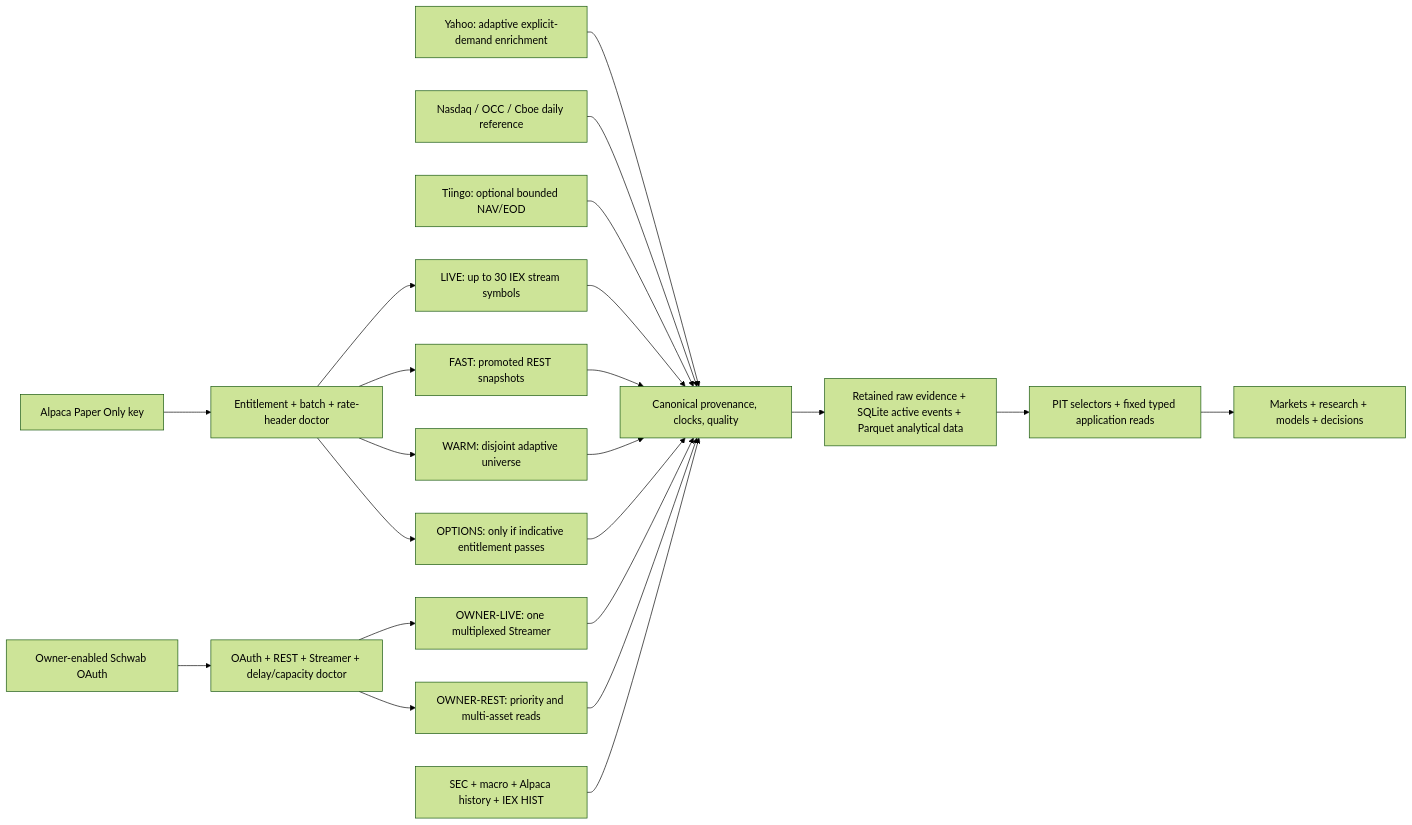
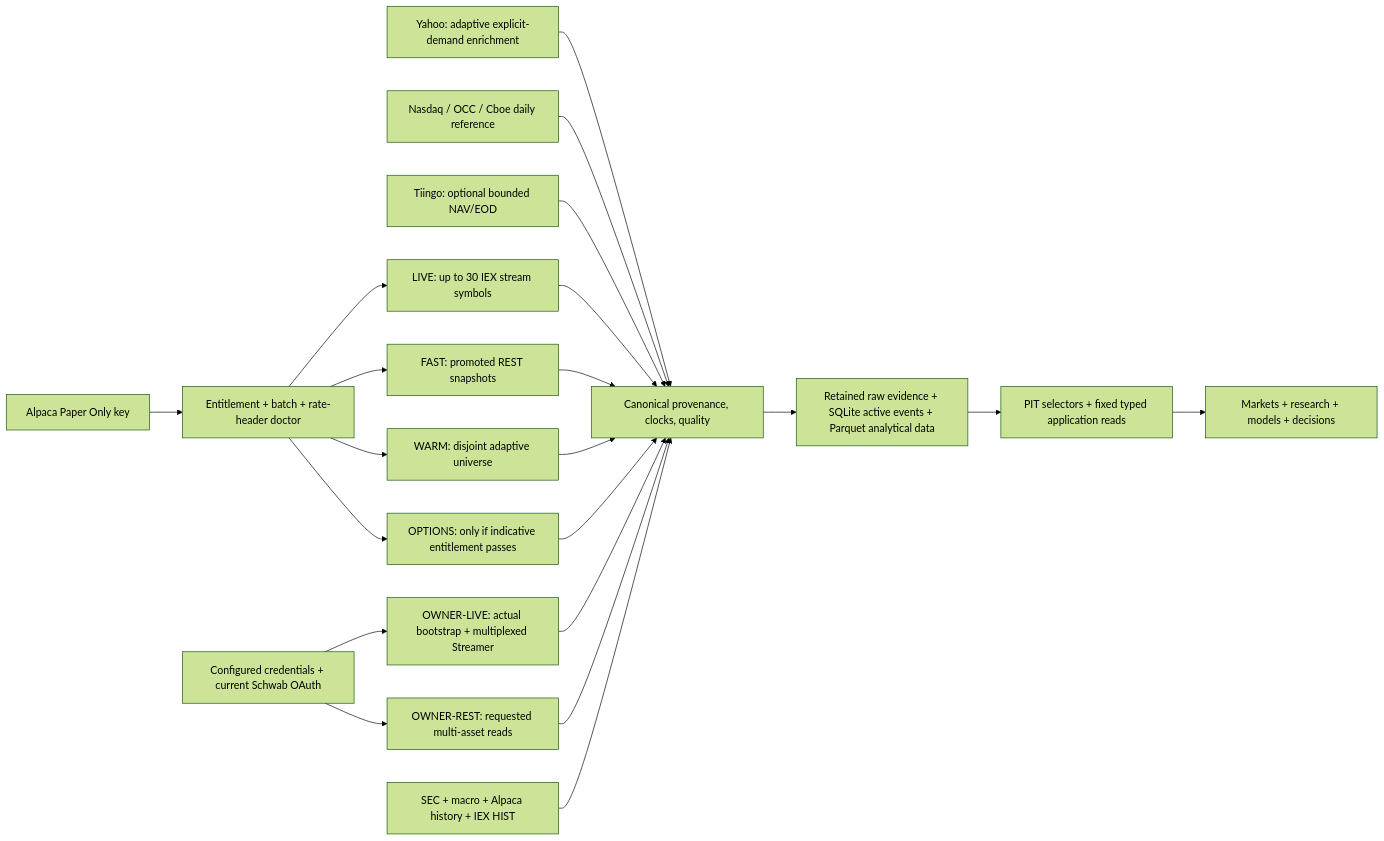
One commit to Sawmonabo/market-squawk changed the first of 4 diagrams in docs/architecture/market-data-provider-architecture.md. Above: the diagram before and after it, drawn with Mermaid (forest theme). The commit also changed other lines of this file and 65 other files, not shown here.

````diff
--- a/docs/architecture/market-data-provider-architecture.md
+++ b/docs/architecture/market-data-provider-architecture.md
@@ -265,24 +266,23 @@
 ```mermaid
 flowchart LR
     Paper["Alpaca Paper Only key"] --> Doctor["Entitlement + batch + rate-header doctor"]
     Doctor --> Live["LIVE: up to 30 IEX stream symbols"]
     Doctor --> Fast["FAST: promoted REST snapshots"]
     Doctor --> Warm["WARM: disjoint adaptive universe"]
     Doctor --> Options["OPTIONS: only if indicative entitlement passes"]
-    Schwab["Owner-enabled Schwab OAuth"] --> SchwabDoctor["OAuth + REST + Streamer + delay/capacity doctor"]
-    SchwabDoctor --> OwnerLive["OWNER-LIVE: one multiplexed Streamer"]
-    SchwabDoctor --> OwnerRest["OWNER-REST: priority and multi-asset reads"]
+    Schwab["Configured credentials + current Schwab OAuth"] --> OwnerLive["OWNER-LIVE: actual bootstrap + multiplexed Streamer"]
+    Schwab --> OwnerRest["OWNER-REST: requested multi-asset reads"]
     Yahoo["Yahoo: adaptive explicit-demand enrichment"] --> Canonical["Canonical provenance, clocks, quality"]
     Reference["Nasdaq / OCC / Cboe daily reference"] --> Canonical
     Tiingo["Tiingo: optional bounded NAV/EOD"] --> Canonical
     Live --> Canonical
     Fast --> Canonical
     Warm --> Canonical
     Options --> Canonical
     OwnerLive --> Canonical
     OwnerRest --> Canonical
     Cold["SEC + macro + Alpaca history + IEX HIST"] --> Canonical
     Canonical --> Store["Retained raw evidence + SQLite active events + Parquet analytical data"]
     Store --> Read["PIT selectors + fixed typed application reads"]
     Read --> Product["Markets + research + models + decisions"]
 ```
````
